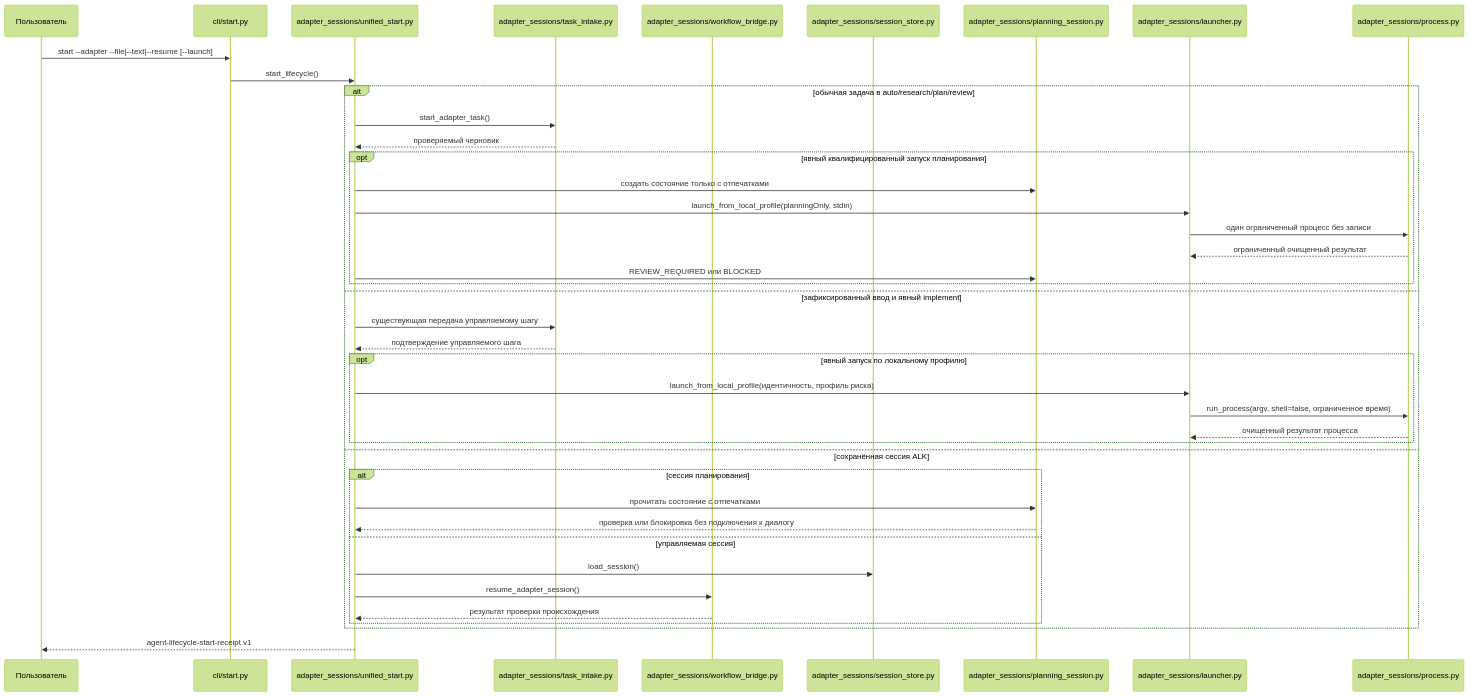
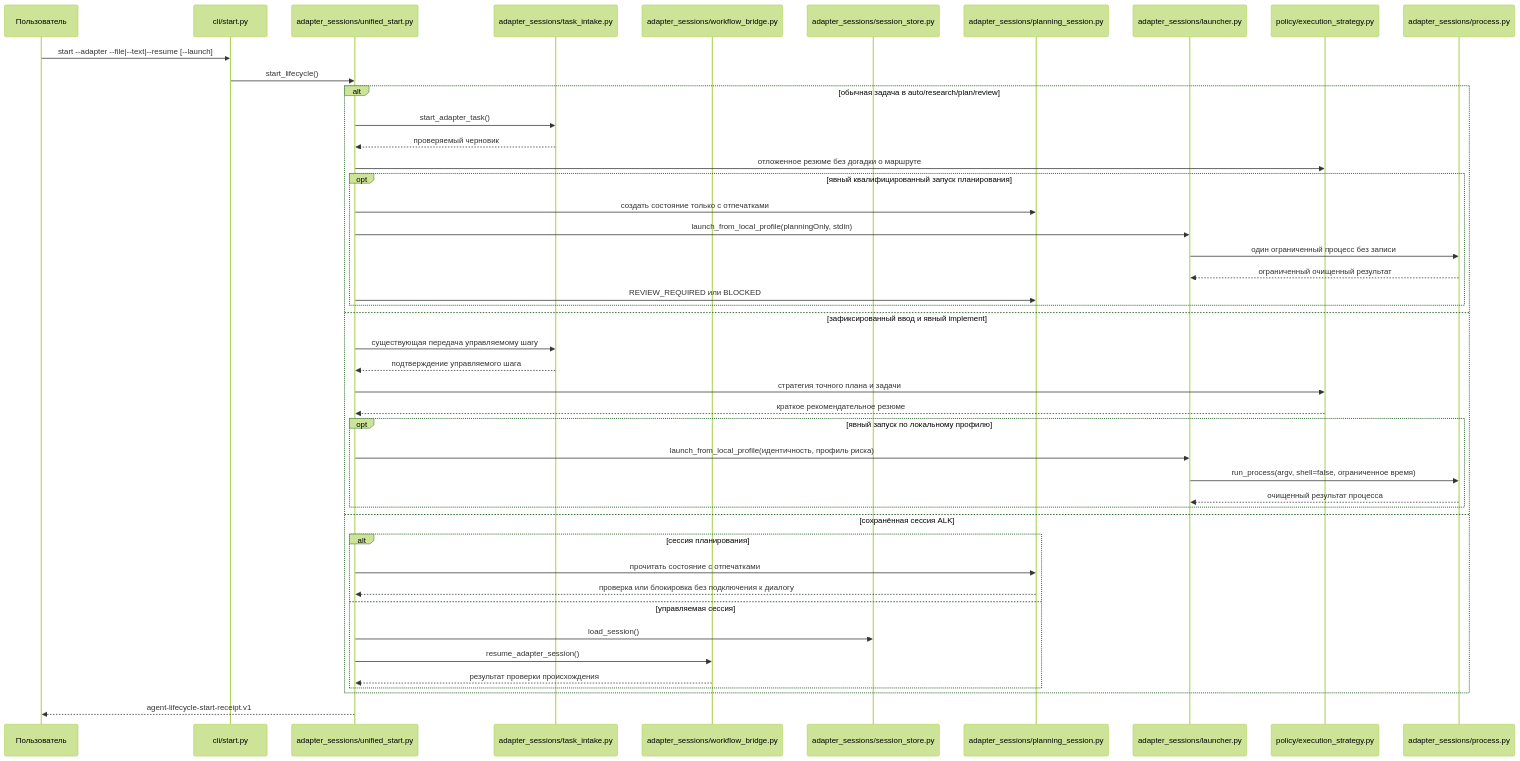
The sixth of 15 diagrams in docs/ru/architecture/system-architecture.md (avksp/agent-lifecycle-kit), drawn with Mermaid (forest theme) before and after one commit. The commit also changed other lines of this file and 59 other files, not shown here.

Commit message:
feat(policy): add quality-preserving execution strategy

````diff
--- a/docs/ru/architecture/system-architecture.md
+++ b/docs/ru/architecture/system-architecture.md
@@ -267,44 +275,48 @@
 ```mermaid
 sequenceDiagram
   participant User as Пользователь
   participant StartCLI as cli/start.py
   participant Start as adapter_sessions/unified_start.py
   participant Intake as adapter_sessions/task_intake.py
   participant Resume as adapter_sessions/workflow_bridge.py
   participant Store as adapter_sessions/session_store.py
   participant PlanningStore as adapter_sessions/planning_session.py
   participant LocalLaunch as adapter_sessions/launcher.py
+  participant Strategy as policy/execution_strategy.py
   participant Process as adapter_sessions/process.py
 
   User->>StartCLI: start --adapter --file|--text|--resume [--launch]
   StartCLI->>Start: start_lifecycle()
   alt обычная задача в auto/research/plan/review
     Start->>Intake: start_adapter_task()
     Intake-->>Start: проверяемый черновик
+    Start->>Strategy: отложенное резюме без догадки о маршруте
     opt явный квалифицированный запуск планирования
       Start->>PlanningStore: создать состояние только с отпечатками
       Start->>LocalLaunch: launch_from_local_profile(planningOnly, stdin)
       LocalLaunch->>Process: один ограниченный процесс без записи
       Process-->>LocalLaunch: ограниченный очищенный результат
       Start->>PlanningStore: REVIEW_REQUIRED или BLOCKED
     end
   else зафиксированный ввод и явный implement
     Start->>Intake: существующая передача управляемому шагу
     Intake-->>Start: подтверждение управляемого шага
+    Start->>Strategy: стратегия точного плана и задачи
+    Strategy-->>Start: краткое рекомендательное резюме
     opt явный запуск по локальному профилю
       Start->>LocalLaunch: launch_from_local_profile(идентичность, профиль риска)
       LocalLaunch->>Process: run_process(argv, shell=false, ограниченное время)
       Process-->>LocalLaunch: очищенный результат процесса
     end
   else сохранённая сессия ALK
     alt сессия планирования
       Start->>PlanningStore: прочитать состояние с отпечатками
       PlanningStore-->>Start: проверка или блокировка без подключения к диалогу
     else управляемая сессия
       Start->>Store: load_session()
       Start->>Resume: resume_adapter_session()
       Resume-->>Start: результат проверки происхождения
     end
   end
   Start-->>User: agent-lifecycle-start-receipt.v1
 ```
````
